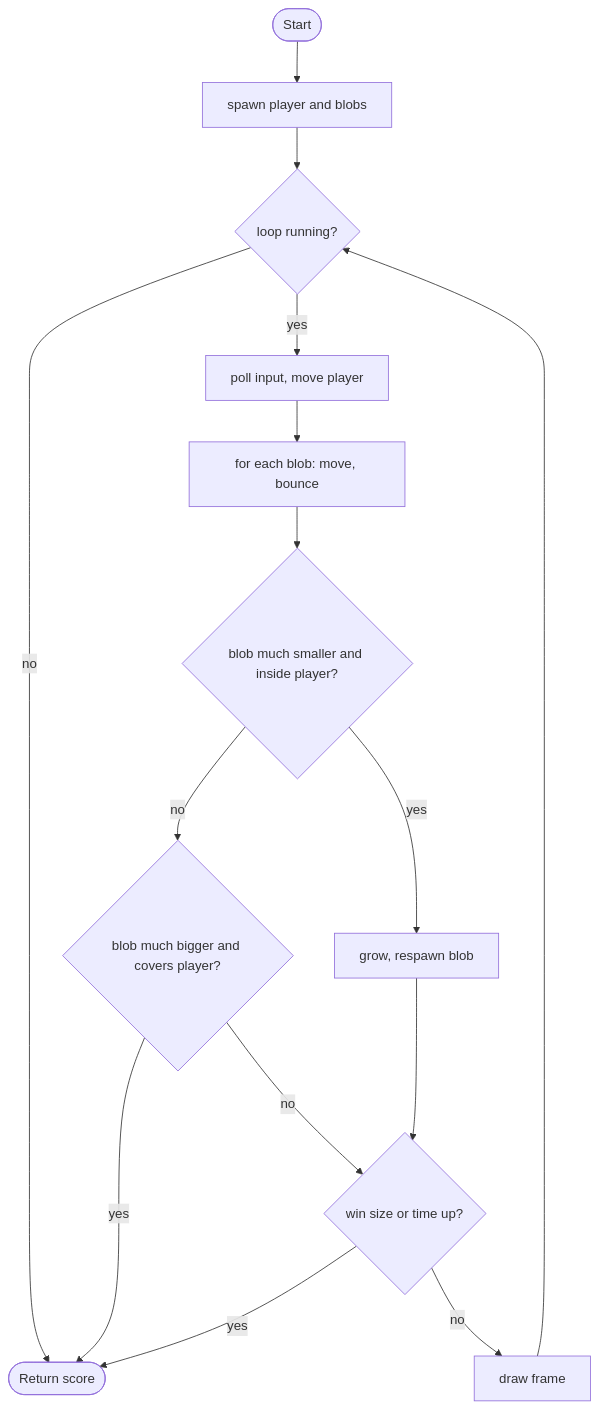
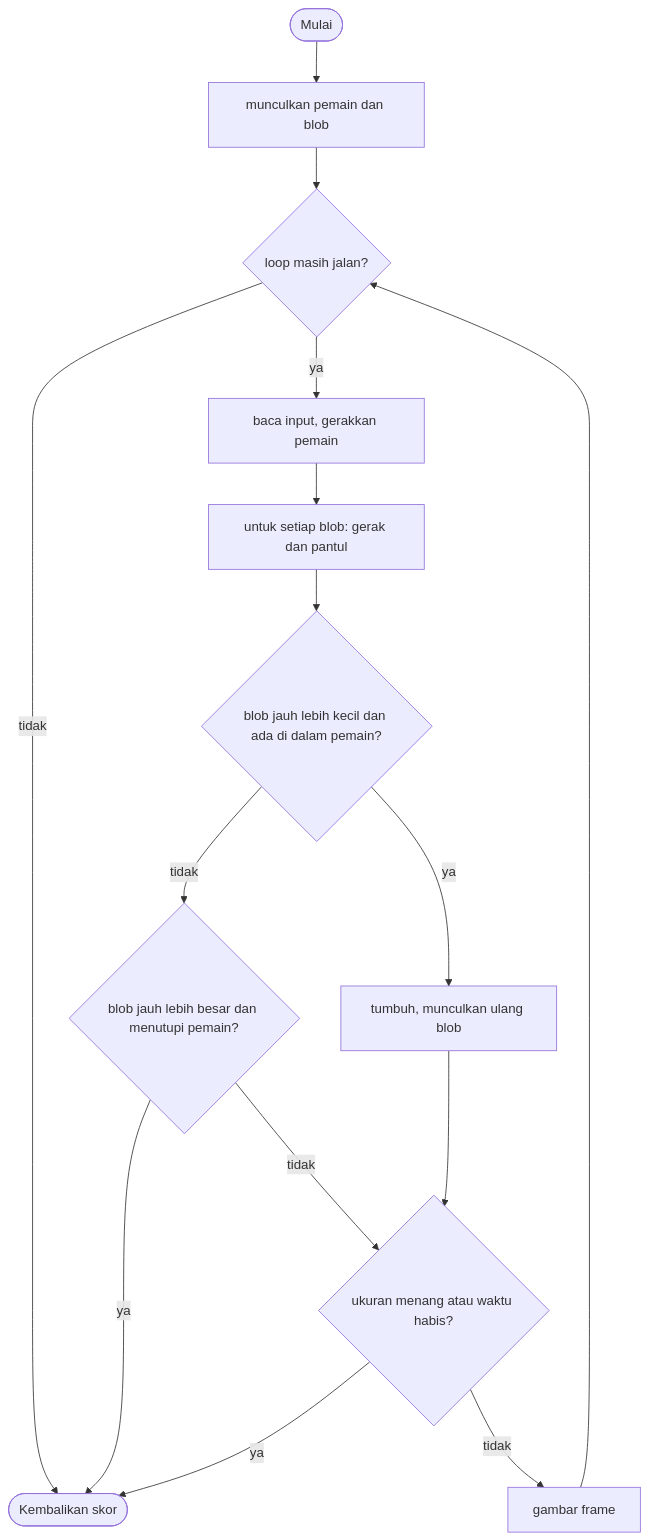
Before and after one commit to zaxx-q/arCade: the diagram in games/absorb_grow/GAME.md, drawn with Mermaid. The commit also changed other lines of this file and 19 other files, not shown here.

````diff
--- a/games/absorb_grow/GAME.md
+++ b/games/absorb_grow/GAME.md
@@ -38,16 +178,16 @@
 ```mermaid
 flowchart TD
-    A([Start]) --> B[spawn player and blobs]
-    B --> C{loop running?}
-    C -- no --> Z([Return score])
-    C -- yes --> D[poll input, move player]
-    D --> E[for each blob: move, bounce]
-    E --> F{blob much smaller and inside player?}
-    F -- yes --> G[grow, respawn blob]
-    F -- no --> H{blob much bigger and covers player?}
-    H -- yes --> Z
-    H -- no --> I{win size or time up?}
+    A([Mulai]) --> B["munculkan pemain dan blob"]
+    B --> C{"loop masih jalan?"}
+    C -- tidak --> Z([Kembalikan skor])
+    C -- ya --> D["baca input, gerakkan pemain"]
+    D --> E["untuk setiap blob: gerak dan pantul"]
+    E --> F{"blob jauh lebih kecil dan ada di dalam pemain?"}
+    F -- ya --> G["tumbuh, munculkan ulang blob"]
+    F -- tidak --> H{"blob jauh lebih besar dan menutupi pemain?"}
+    H -- ya --> Z
+    H -- tidak --> I{"ukuran menang atau waktu habis?"}
     G --> I
-    I -- yes --> Z
-    I -- no --> J[draw frame] --> C
+    I -- ya --> Z
+    I -- tidak --> J[gambar frame] --> C
 ```
````
